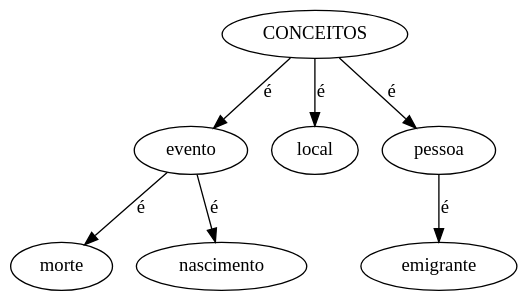
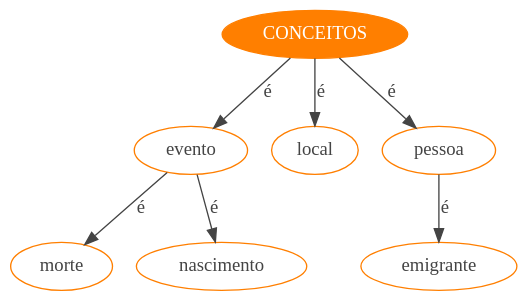
One commit to MiguelCosta/EngenhariaDeLinguagens changed the diagram in EG/ExerciciosParaAvaliacao/Ex5/WebSite/x.gv. Above: the diagram before and after it, drawn with Graphviz. The commit also changed 16 other files, not shown here.

```diff
--- a/EG/ExerciciosParaAvaliacao/Ex5/WebSite/x.gv
+++ b/EG/ExerciciosParaAvaliacao/Ex5/WebSite/x.gv
@@ -1,17 +1,20 @@
 
 digraph mainmap {
 	graph [bgcolor=transparent];
-  CONCEITOS [URL="conceitos.php"];
-"evento" [URL="conceito.php?conceito=evento"];
-CONCEITOS -> "evento"[label=é];
-"morte" [URL="conceito.php?conceito=morte"];
-"evento" -> "morte"[label=é];
-"nascimento" [URL="conceito.php?conceito=nascimento"];
-"evento" -> "nascimento"[label=é];
-"local" [URL="conceito.php?conceito=local"];
-CONCEITOS -> "local"[label=é];
-"pessoa" [URL="conceito.php?conceito=pessoa"];
-CONCEITOS -> "pessoa"[label=é];
-"emigrante" [URL="conceito.php?conceito=emigrante"];
-"pessoa" -> "emigrante"[label=é];
+  CONCEITOS [URL="conceitos.php",
+		color = darkorange1,
+		fontcolor = white,
+		style = filled,];
+"evento" [color="darkorange1", fontcolor="#444444",URL="conceito.php?conceito=evento"];
+CONCEITOS -> "evento"[label=é, color="#444444", fontcolor="#444444"];
+"morte" [color="darkorange1", fontcolor="#444444",URL="conceito.php?conceito=morte"];
+"evento" -> "morte"[label=é, color="#444444", fontcolor="#444444"];
+"nascimento" [color="darkorange1", fontcolor="#444444",URL="conceito.php?conceito=nascimento"];
+"evento" -> "nascimento"[label=é, color="#444444", fontcolor="#444444"];
+"local" [color="darkorange1", fontcolor="#444444",URL="conceito.php?conceito=local"];
+CONCEITOS -> "local"[label=é, color="#444444", fontcolor="#444444"];
+"pessoa" [color="darkorange1", fontcolor="#444444",URL="conceito.php?conceito=pessoa"];
+CONCEITOS -> "pessoa"[label=é, color="#444444", fontcolor="#444444"];
+"emigrante" [color="darkorange1", fontcolor="#444444",URL="conceito.php?conceito=emigrante"];
+"pessoa" -> "emigrante"[label=é, color="#444444", fontcolor="#444444"];
 }
```
